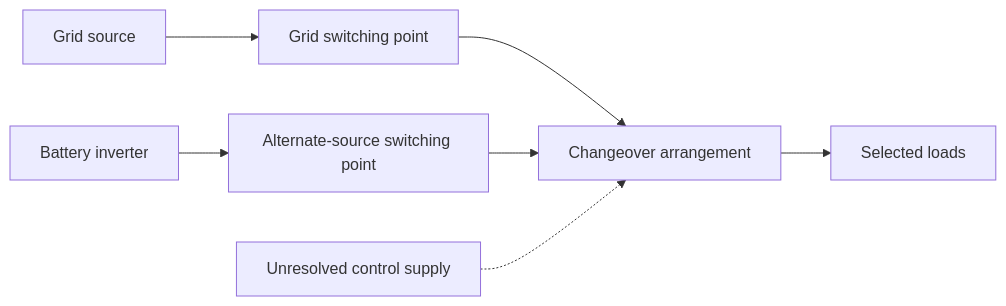
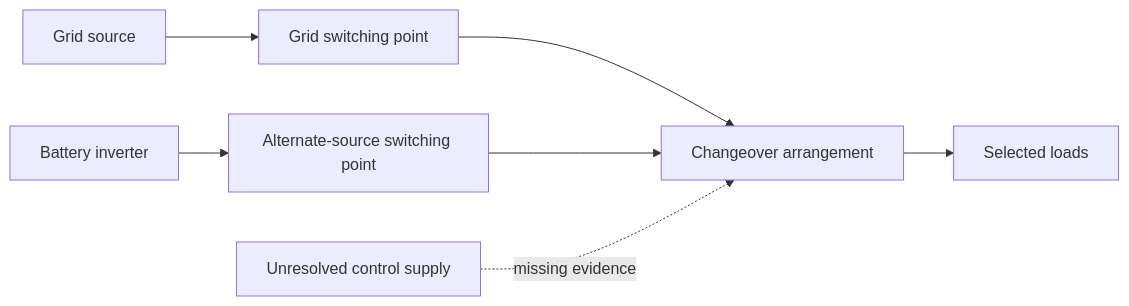
Before and after one commit to andrew3stedall/capstone: the second of 2 diagrams in docs/learning-plans/6-week/modules/day-23-main-switches-alternate-supplies-and-isolation-boundaries.md, drawn with Mermaid. The commit also changed other lines of this file and 4 other files, not shown here.

````diff
--- a/docs/learning-plans/6-week/modules/day-23-main-switches-alternate-supplies-and-isolation-boundaries.md
+++ b/docs/learning-plans/6-week/modules/day-23-main-switches-alternate-supplies-and-isolation-boundaries.md
@@ -68,9 +144,9 @@
 ```mermaid
 flowchart LR
     G[Grid source] --> S1[Grid switching point]
     B[Battery inverter] --> S2[Alternate-source switching point]
     S1 --> C[Changeover arrangement]
     S2 --> C
     C --> L[Selected loads]
-    U[Unresolved control supply] -.-> C
+    U[Unresolved control supply] -. missing evidence .-> C
 ```
````
